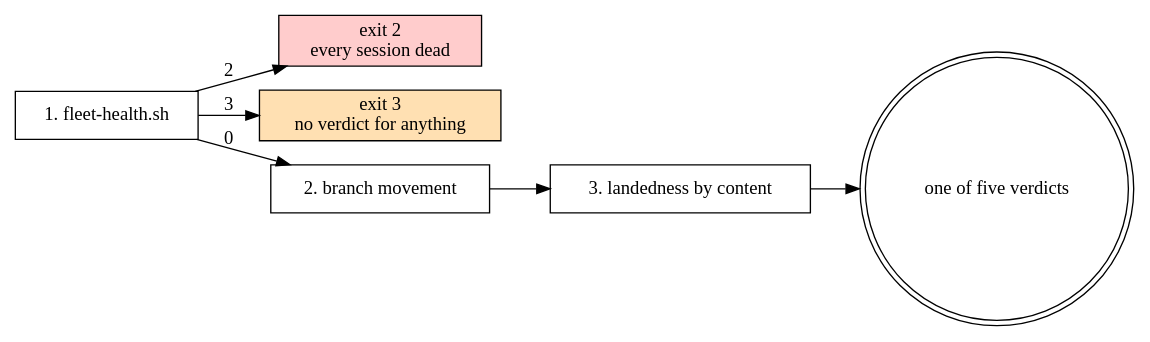
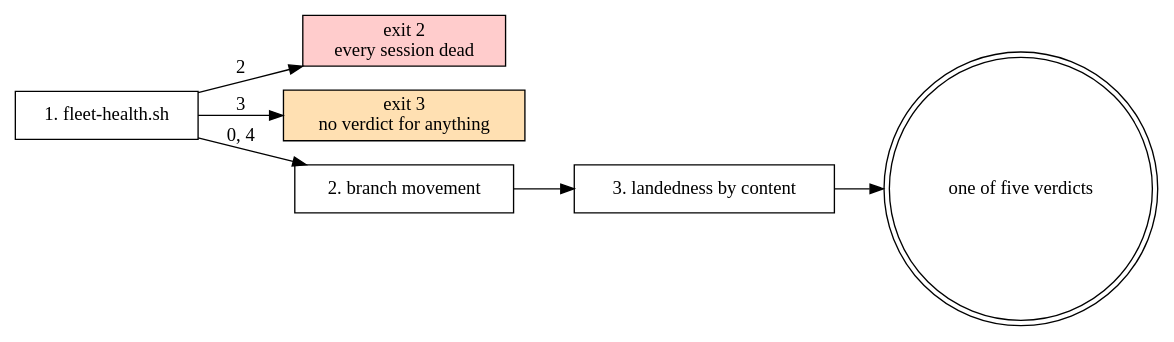
Before and after one commit to RubyEyedReaper/Odin-Skills: the diagram in skills/successor-manager/SKILL.md, drawn with Graphviz. The commit also changed other lines of this file, not shown here.

First line of the commit message:
chore(sync): successor-manager SKILL.md — state fleet-health's exit 4

````diff
--- a/skills/successor-manager/SKILL.md
+++ b/skills/successor-manager/SKILL.md
@@ -98,17 +100,17 @@
 ```dot
 digraph verdict {
   rankdir=LR;
   health   [label="1. fleet-health.sh", shape=box];
   down     [label="exit 2\nevery session dead", shape=box, style=filled, fillcolor="#ffcccc"];
   blind    [label="exit 3\nno verdict for anything", shape=box, style=filled, fillcolor="#ffe0b2"];
   movement [label="2. branch movement", shape=box];
   content  [label="3. landedness by content", shape=box];
   verdict  [label="one of five verdicts", shape=doublecircle];
 
   health -> down     [label="2"];
   health -> blind    [label="3"];
-  health -> movement [label="0"];
+  health -> movement [label="0, 4"];
   movement -> content;
   content -> verdict;
 }
 ```
````
